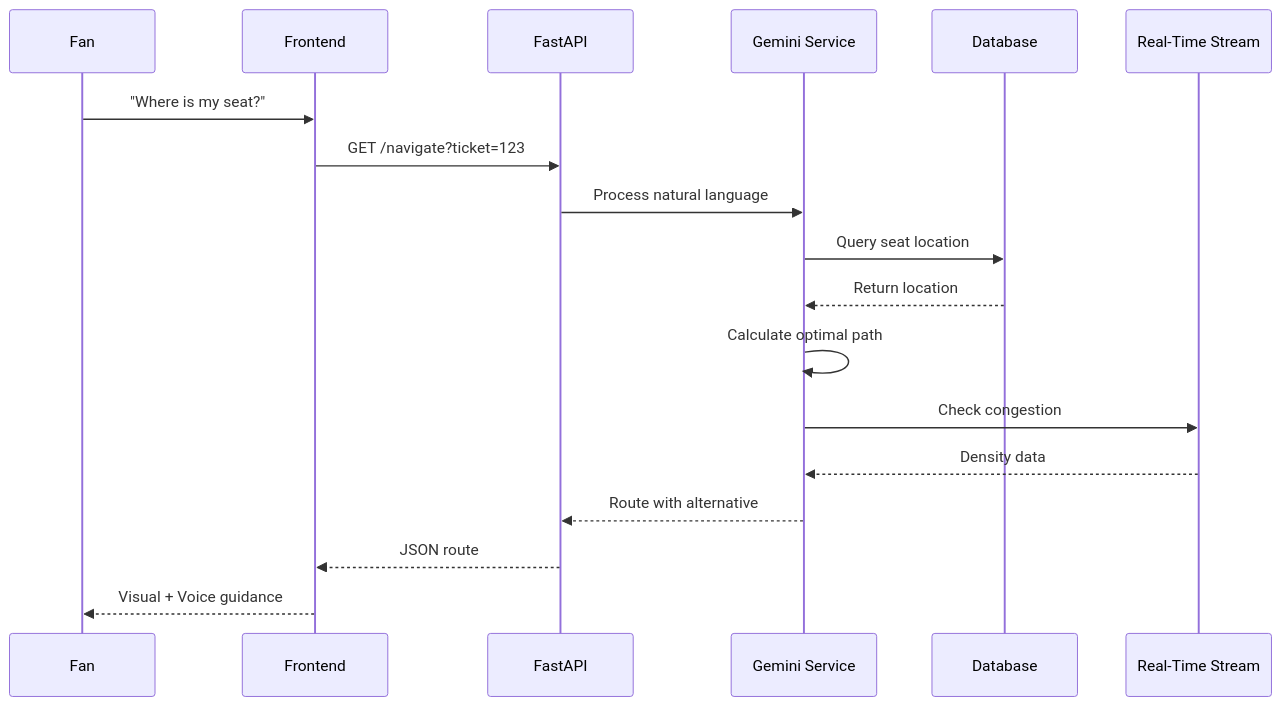
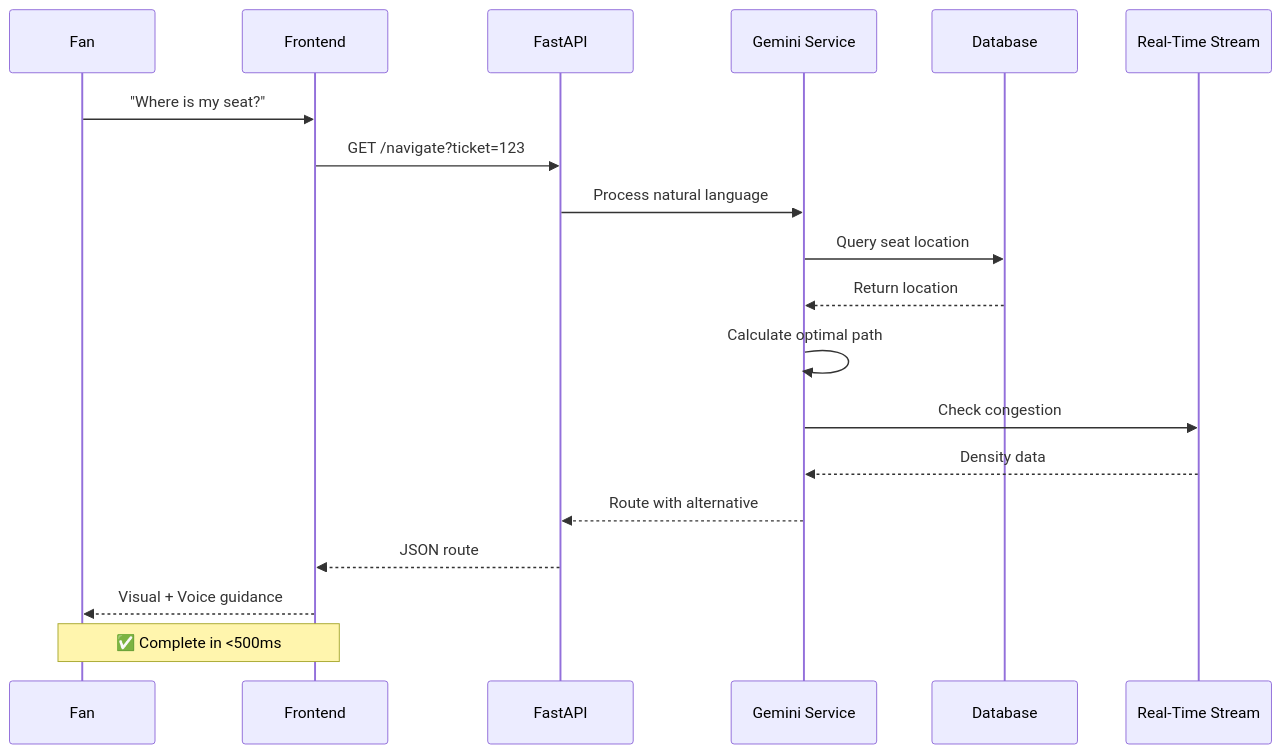
Diagram 17 of 22 in README.md (Riya-davra04/StadiumGPT-AI-Stadium-Assistant), drawn with Mermaid before and after one commit. The commit also changed other lines of this file, not shown here.

````diff
--- a/README.md
+++ b/README.md
@@ -440,21 +540,23 @@
 ```mermaid
 sequenceDiagram
     participant F as Fan
     participant UI as Frontend
     participant API as FastAPI
     participant AI as Gemini Service
     participant DB as Database
     participant Stream as Real-Time Stream
 
     F->>UI: "Where is my seat?"
     UI->>API: GET /navigate?ticket=123
     API->>AI: Process natural language
     AI->>DB: Query seat location
     DB-->>AI: Return location
     AI->>AI: Calculate optimal path
     AI->>Stream: Check congestion
     Stream-->>AI: Density data
     AI-->>API: Route with alternative
     API-->>UI: JSON route
     UI-->>F: Visual + Voice guidance
+    
+    Note over F,UI: ✅ Complete in <500ms
 ```
````
